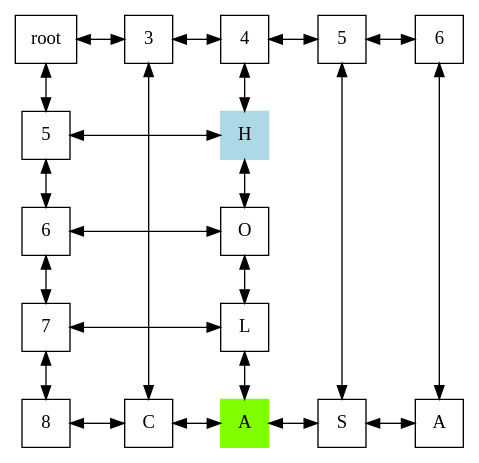
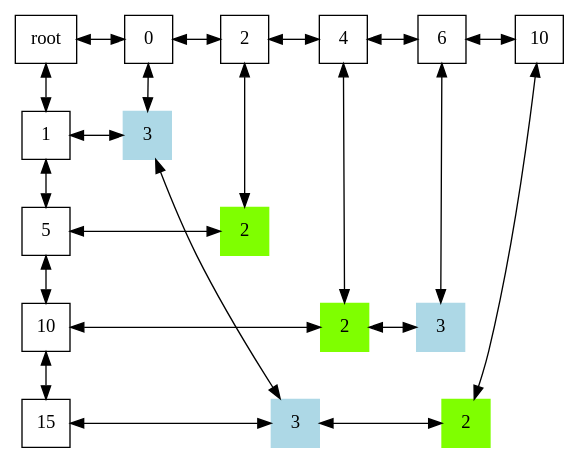
Before and after one commit to AhiezerRamirez/EDD_1S2020_PY1_201709062: the diagram in matriz.dot, drawn with Graphviz. The commit also changed 14 other files, not shown here.

```diff
--- a/matriz.dot
+++ b/matriz.dot
@@ -1,53 +1,52 @@
 digraph { 
  rankdir = TB; 
  node [shape=rectangle, height=0.5, width=0.5]; 
  graph[ nodesep = 0.5];
-CH3[label="3"];
+CH0[label="0"];
+CH2[label="2"];
 CH4[label="4"];
-CH5[label="5"];
 CH6[label="6"];
+CH10[label="10"];
 
+CV1 [label="1"];
 CV5 [label="5"];
-CV6 [label="6"];
-CV7 [label="7"];
-CV8 [label="8"];
+CV10 [label="10"];
+CV15 [label="15"];
 
-nodo308[label="C"];
-nodo405[label="H" style=filled color=lightblue];
-nodo406[label="O"];
-nodo407[label="L"];
-nodo408[label="A" style=filled color=chartreuse];
-nodo508[label="S"];
-nodo608[label="A"];
+nodo001[label="3" style=filled color=lightblue];
+nodo0015[label="3" style=filled color=lightblue];
+nodo205[label="2" style=filled color=chartreuse];
+nodo4010[label="2" style=filled color=chartreuse];
+nodo6010[label="3" style=filled color=lightblue];
+nodo10015[label="2" style=filled color=chartreuse];
 
-root -> CH3[ dir=both];
-CH3 -> CH4[ dir=both];
-CH4 -> CH5[ dir=both];
-CH5 -> CH6[ dir=both];
-root -> CV5[ dir=both];
-CV5 -> CV6 [ dir=both];
-CV6 -> CV7 [ dir=both];
-CV7 -> CV8 [ dir=both];
+root -> CH0[ dir=both];
+CH0 -> CH2[ dir=both];
+CH2 -> CH4[ dir=both];
+CH4 -> CH6[ dir=both];
+CH6 -> CH10[ dir=both];
+root -> CV1[ dir=both];
+CV1 -> CV5 [ dir=both];
+CV5 -> CV10 [ dir=both];
+CV10 -> CV15 [ dir=both];
 
-CH3 -> nodo308 [ dir=both];
-CH4 -> nodo405 [ dir=both];
-nodo405 -> nodo406 [ dir=both];
-nodo406 -> nodo407 [ dir=both];
-nodo407 -> nodo408 [ dir=both];
-CH5 -> nodo508 [ dir=both];
-CH6 -> nodo608 [ dir=both];
+CH0 -> nodo001 [ dir=both];
+nodo001 -> nodo0015 [ dir=both];
+CH2 -> nodo205 [ dir=both];
+CH4 -> nodo4010 [ dir=both];
+CH6 -> nodo6010 [ dir=both];
+CH10 -> nodo10015 [ dir=both];
 
-CV5 -> nodo405 [constraint=false, dir=both];
-CV6 -> nodo406 [constraint=false, dir=both];
-CV7 -> nodo407 [constraint=false, dir=both];
-CV8 -> nodo308 [constraint=false, dir=both];
-nodo308 -> nodo408 [ dir=both];
-nodo408 -> nodo508 [ dir=both];
-nodo508 -> nodo608 [ dir=both];
+CV1 -> nodo001 [constraint=false, dir=both];
+CV5 -> nodo205 [constraint=false, dir=both];
+CV10 -> nodo4010 [constraint=false, dir=both];
+nodo4010 -> nodo6010 [ dir=both];
+CV15 -> nodo0015 [constraint=false, dir=both];
+nodo0015 -> nodo10015 [ dir=both];
 
-{ rank=same;root;CH3 ;CH4 ;CH5 ;CH6 ;}
-{rank= same;CV5;nodo405;}
-{rank= same;CV6;nodo406;}
-{rank= same;CV7;nodo407;}
-{rank= same;CV8;nodo308;nodo408;nodo508;nodo608;}
+{ rank=same;root;CH0 ;CH2 ;CH4 ;CH6 ;CH10 ;}
+{rank= same;CV1;nodo001;}
+{rank= same;CV5;nodo205;}
+{rank= same;CV10;nodo4010;nodo6010;}
+{rank= same;CV15;nodo0015;nodo10015;}
 }
```
